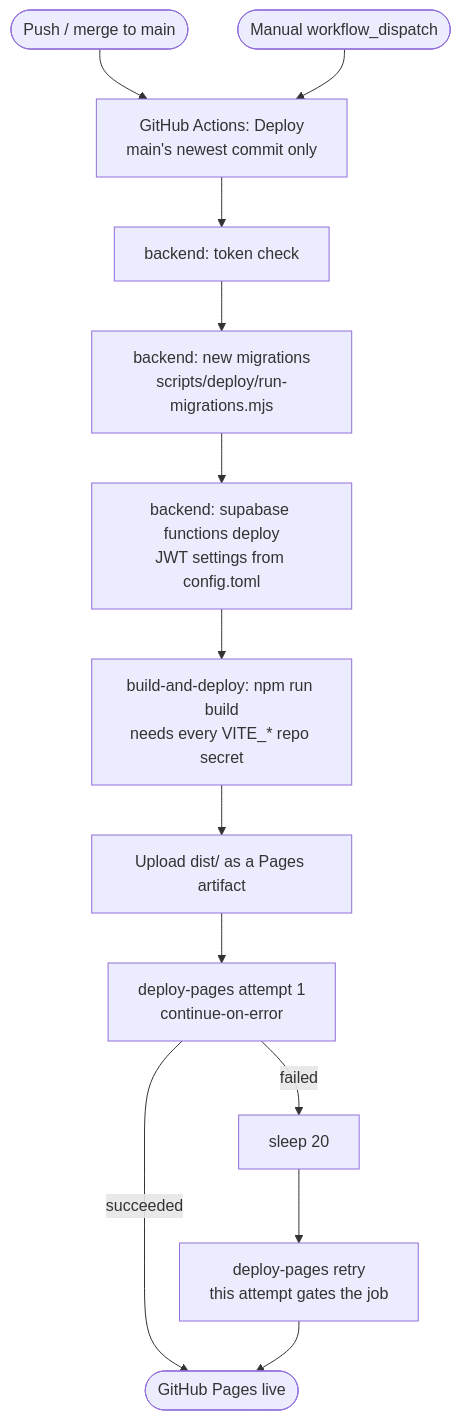
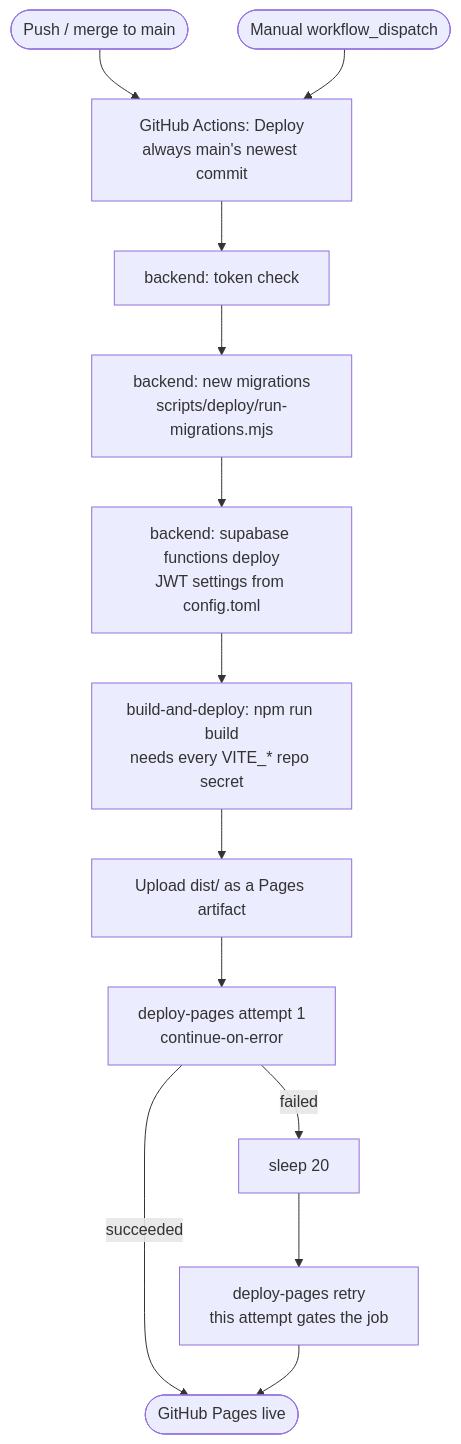
One commit to Lasciviens/Project_Daily changed the third of 3 diagrams in README.md. Above: the diagram before and after it, drawn with Mermaid. The commit also changed other lines of this file and 11 other files, not shown here.

````diff
--- a/README.md
+++ b/README.md
@@ -245,16 +246,16 @@
 ```mermaid
 flowchart TD
-    PUSH([Push / merge to main]) --> GHA[GitHub Actions: Deploy<br/>main's newest commit only]
+    PUSH([Push / merge to main]) --> GHA[GitHub Actions: Deploy<br/>always main's newest commit]
     DISPATCH([Manual workflow_dispatch]) --> GHA
     GHA --> TOK[backend: token check]
     TOK --> MIG[backend: new migrations<br/>scripts/deploy/run-migrations.mjs]
     MIG --> FN[backend: supabase functions deploy<br/>JWT settings from config.toml]
     FN --> VITE[build-and-deploy: npm run build<br/>needs every VITE_* repo secret]
     VITE --> ARTIFACT[Upload dist/ as a Pages artifact]
     ARTIFACT --> D1[deploy-pages attempt 1<br/>continue-on-error]
     D1 -- succeeded --> PAGES([GitHub Pages live])
     D1 -- failed --> WAIT[sleep 20]
     WAIT --> D2[deploy-pages retry<br/>this attempt gates the job]
     D2 --> PAGES
 
 ```
````
